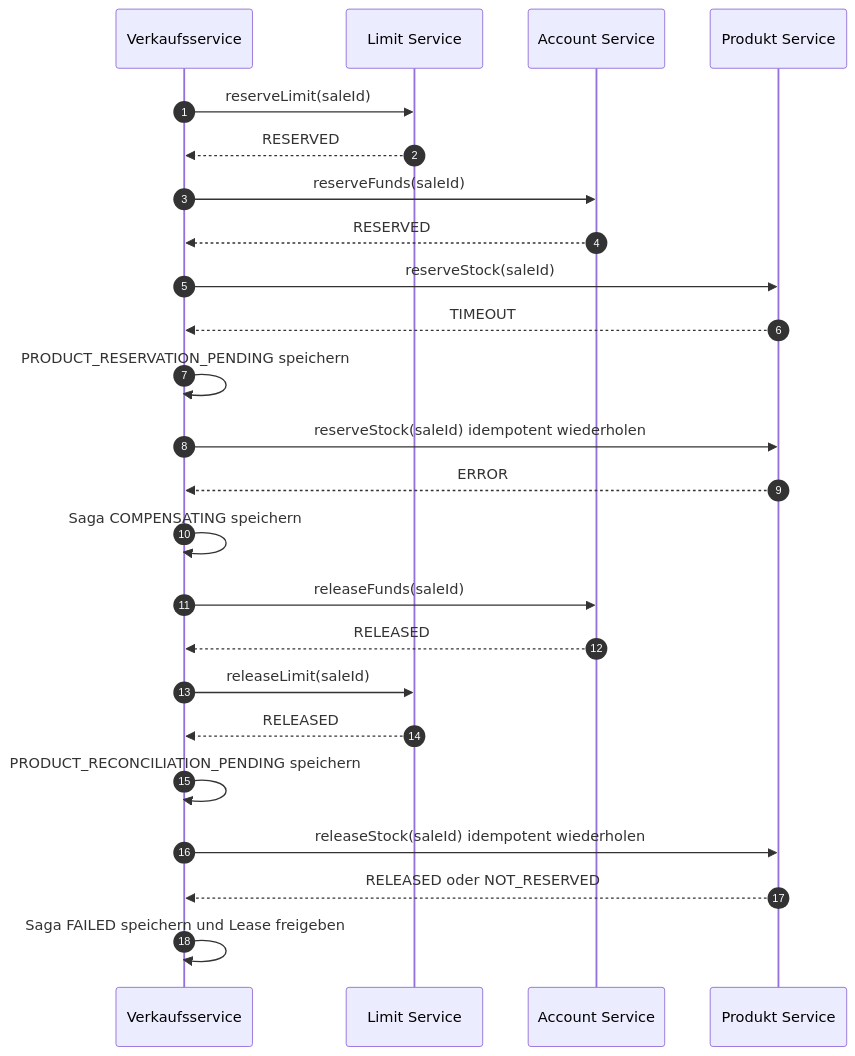
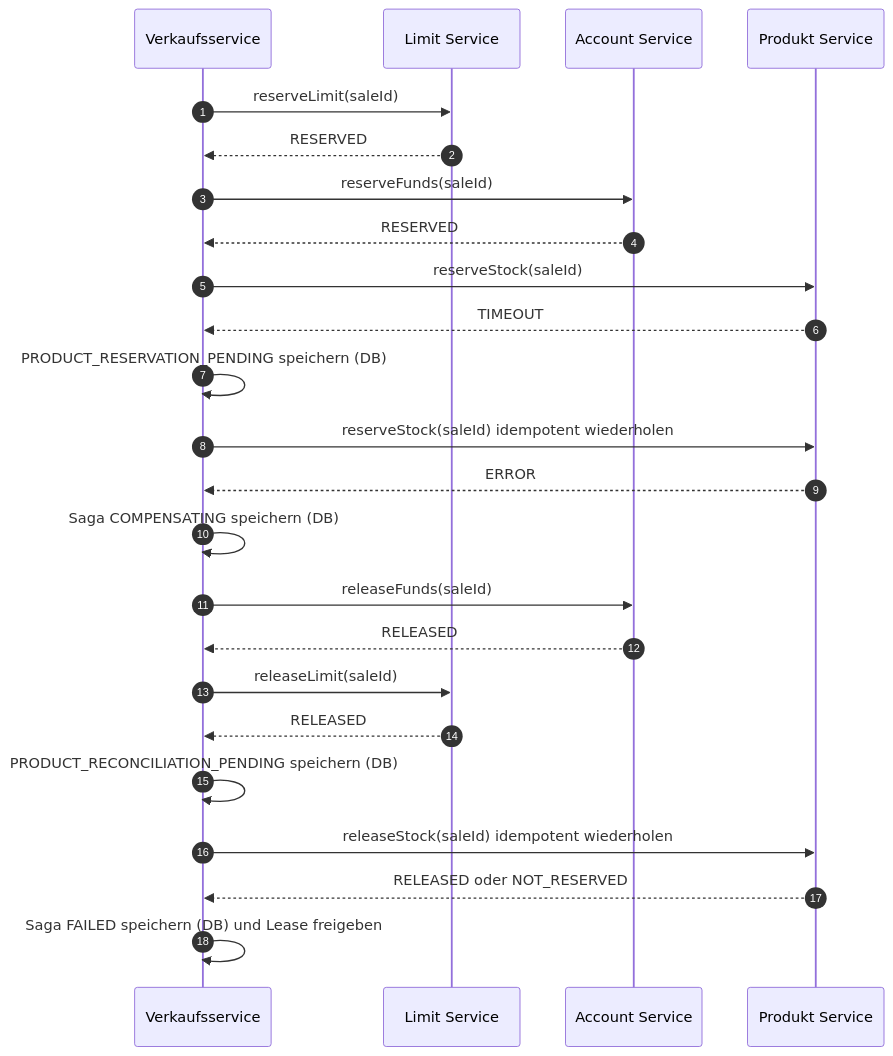
Before and after one commit to Adrian-Hansen-dev/second-hand-ticket-app: the tenth of 29 diagrams in project-2/abgabe_projekt_2.md, drawn with Mermaid. The commit also changed other lines of this file, not shown here.

First line of the commit message:
Projekt 2: Persistenz und Recovery ergänzt

````diff
--- a/project-2/abgabe_projekt_2.md
+++ b/project-2/abgabe_projekt_2.md
@@ -349,27 +371,27 @@
 ```mermaid
 sequenceDiagram
     autonumber
     participant VS as Verkaufsservice
     participant LS as Limit Service
     participant AS as Account Service
     participant PS as Produkt Service
 
     VS->>LS: reserveLimit(saleId)
     LS-->>VS: RESERVED
     VS->>AS: reserveFunds(saleId)
     AS-->>VS: RESERVED
     VS->>PS: reserveStock(saleId)
     PS-->>VS: TIMEOUT
-    VS->>VS: PRODUCT_RESERVATION_PENDING speichern
+    VS->>VS: PRODUCT_RESERVATION_PENDING speichern (DB)
     VS->>PS: reserveStock(saleId) idempotent wiederholen
     PS-->>VS: ERROR
-    VS->>VS: Saga COMPENSATING speichern
+    VS->>VS: Saga COMPENSATING speichern (DB)
     VS->>AS: releaseFunds(saleId)
     AS-->>VS: RELEASED
     VS->>LS: releaseLimit(saleId)
     LS-->>VS: RELEASED
-    VS->>VS: PRODUCT_RECONCILIATION_PENDING speichern
+    VS->>VS: PRODUCT_RECONCILIATION_PENDING speichern (DB)
     VS->>PS: releaseStock(saleId) idempotent wiederholen
     PS-->>VS: RELEASED oder NOT_RESERVED
-    VS->>VS: Saga FAILED speichern und Lease freigeben
+    VS->>VS: Saga FAILED speichern (DB) und Lease freigeben
 ```
````
